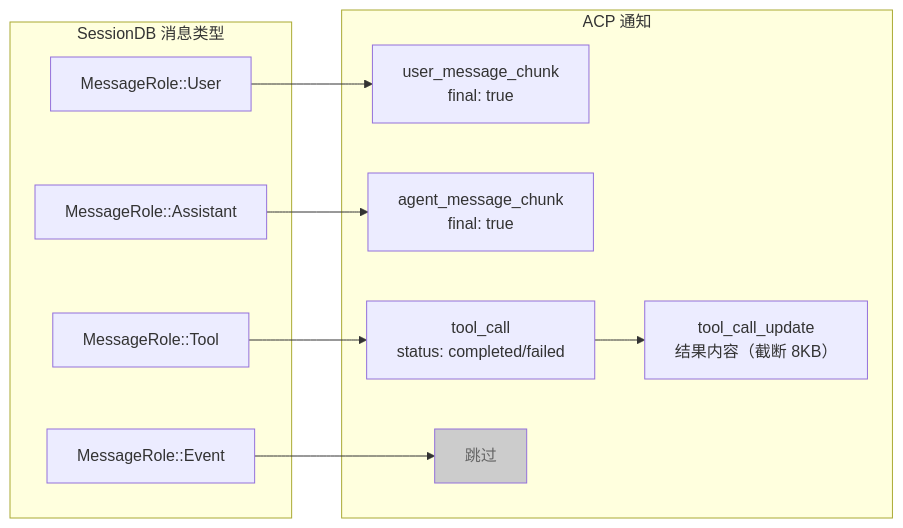
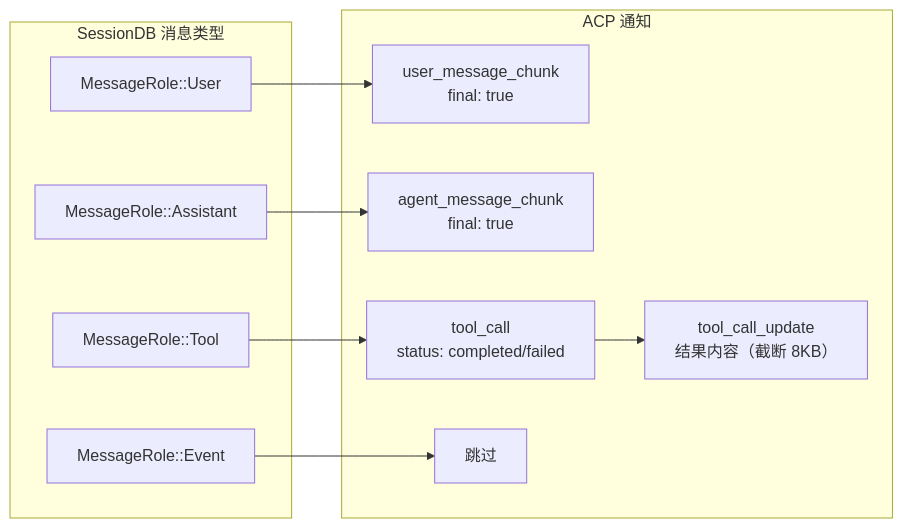
The tenth of 11 diagrams in docs/architecture/acp.md (shiwenwen/hope-agent), drawn with Mermaid before and after one commit. The commit also changed other lines of this file and 13 other files, not shown here.

First line of the commit message:
docs: 移除 mermaid 图表中的自定义背景色填充

````diff
--- a/docs/architecture/acp.md
+++ b/docs/architecture/acp.md
@@ -481,25 +465,24 @@
 ```mermaid
 flowchart LR
     subgraph "SessionDB 消息类型"
         USER["MessageRole::User"]
         ASST["MessageRole::Assistant"]
         TOOL["MessageRole::Tool"]
         EVT["MessageRole::Event"]
     end
 
     subgraph "ACP 通知"
         UMC["user_message_chunk<br/>final: true"]
         AMC["agent_message_chunk<br/>final: true"]
         TC["tool_call<br/>status: completed/failed"]
         TCU["tool_call_update<br/>结果内容（截断 8KB）"]
         SKIP["跳过"]
     end
 
     USER --> UMC
     ASST --> AMC
     TOOL --> TC
     TC --> TCU
     EVT --> SKIP
 
-    style SKIP fill:#ccc,color:#666
 ```
````
